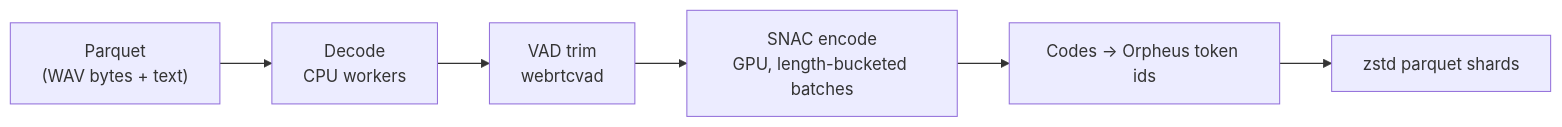
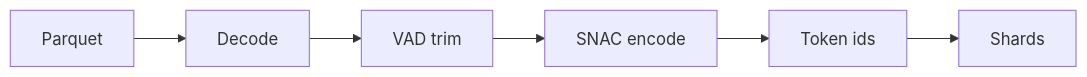
The second of 2 diagrams in README.md (Keerthanareddy17/speech-serving), drawn with Mermaid before and after one commit. The commit also changed other lines of this file and 2 other files, not shown here.

````diff
--- a/README.md
+++ b/README.md
@@ -50,8 +67,4 @@
 ```mermaid
 flowchart LR
-    P["Parquet<br/>(WAV bytes + text)"] --> D["Decode<br/>CPU workers"]
-    D --> VAD["VAD trim<br/>webrtcvad"]
-    VAD --> E["SNAC encode<br/>GPU, length-bucketed batches"]
-    E --> T["Codes → Orpheus token ids"]
-    T --> S["zstd parquet shards"]
+    P[Parquet] --> D[Decode] --> VAD[VAD trim] --> E[SNAC encode] --> T[Token ids] --> S[Shards]
 ```
````
